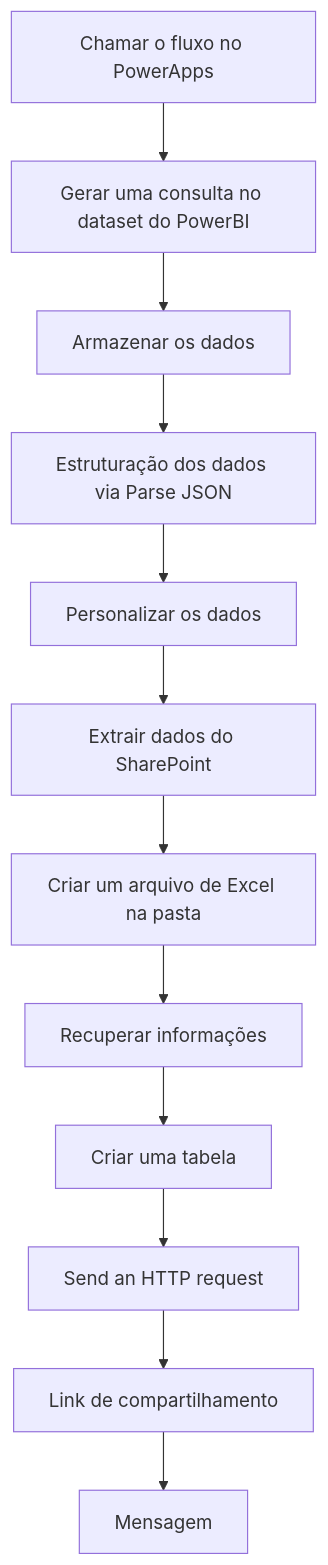
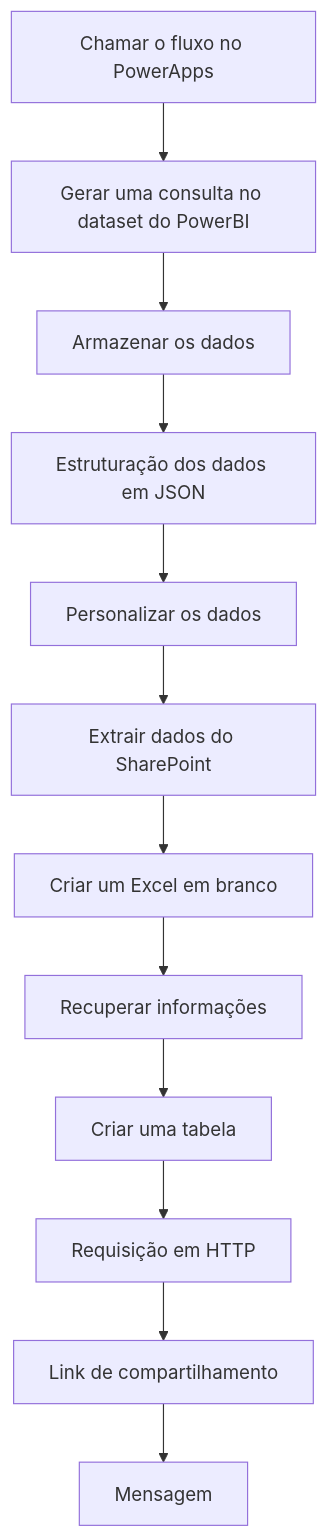
Before and after one commit to luigicaetano/APMDDocumentacao: the diagram in content/en/docs/doc_planejamento_integrado.md, drawn with Mermaid. The commit also changed other lines of this file, not shown here.

````diff
--- a/content/en/docs/doc_planejamento_integrado.md
+++ b/content/en/docs/doc_planejamento_integrado.md
@@ -319,14 +328,14 @@
 ```mermaid
 graph TD
     A[Chamar o fluxo no PowerApps] --> B[Gerar uma consulta no dataset do PowerBI]
     B --> C[Armazenar os dados]
-    C --> D[Estruturação dos dados via Parse JSON]
+    C --> D[Estruturação dos dados em JSON]
     D --> E[Personalizar os dados]
     E --> F[Extrair dados do SharePoint]
-    F --> G[Criar um arquivo de Excel na pasta]
+    F --> G[Criar um Excel em branco]
     G --> H[Recuperar informações]
     H --> I[Criar uma tabela]
-    I --> J[Send an HTTP request]
+    I --> J[Requisição em HTTP]
     J --> K[Link de compartilhamento]
     K --> L[Mensagem]
 ```
````
